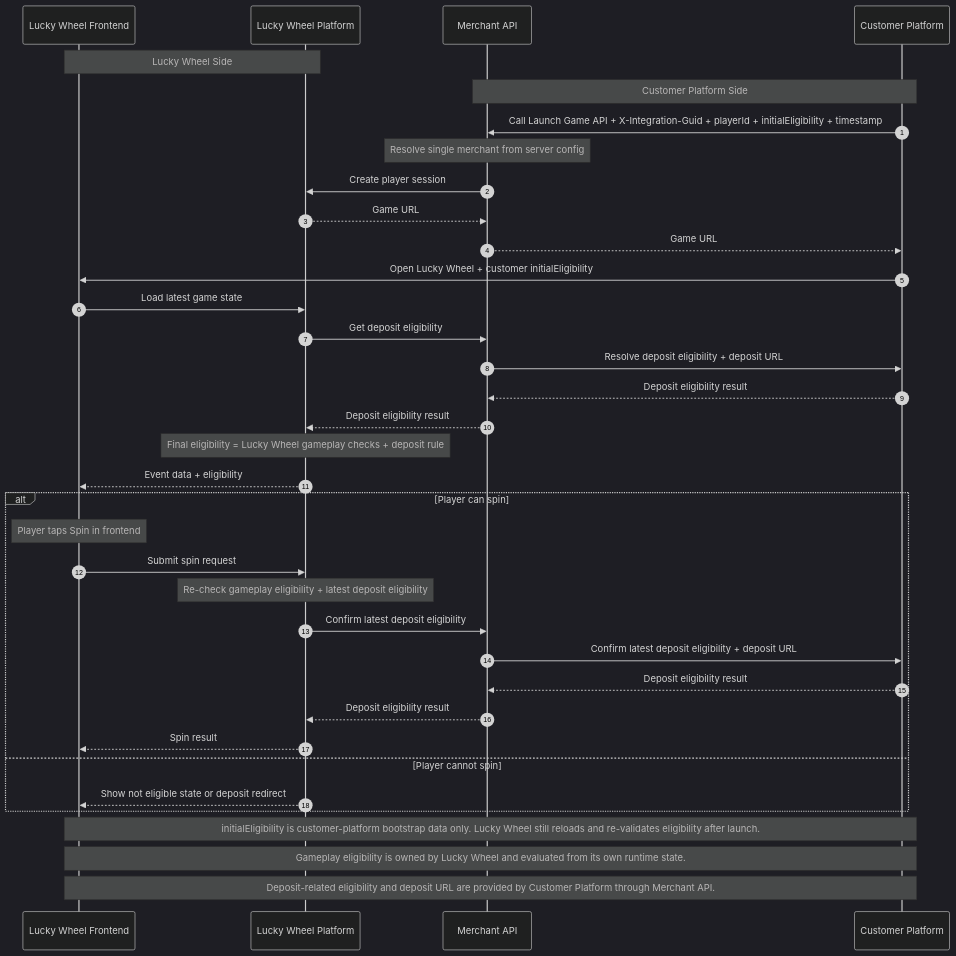
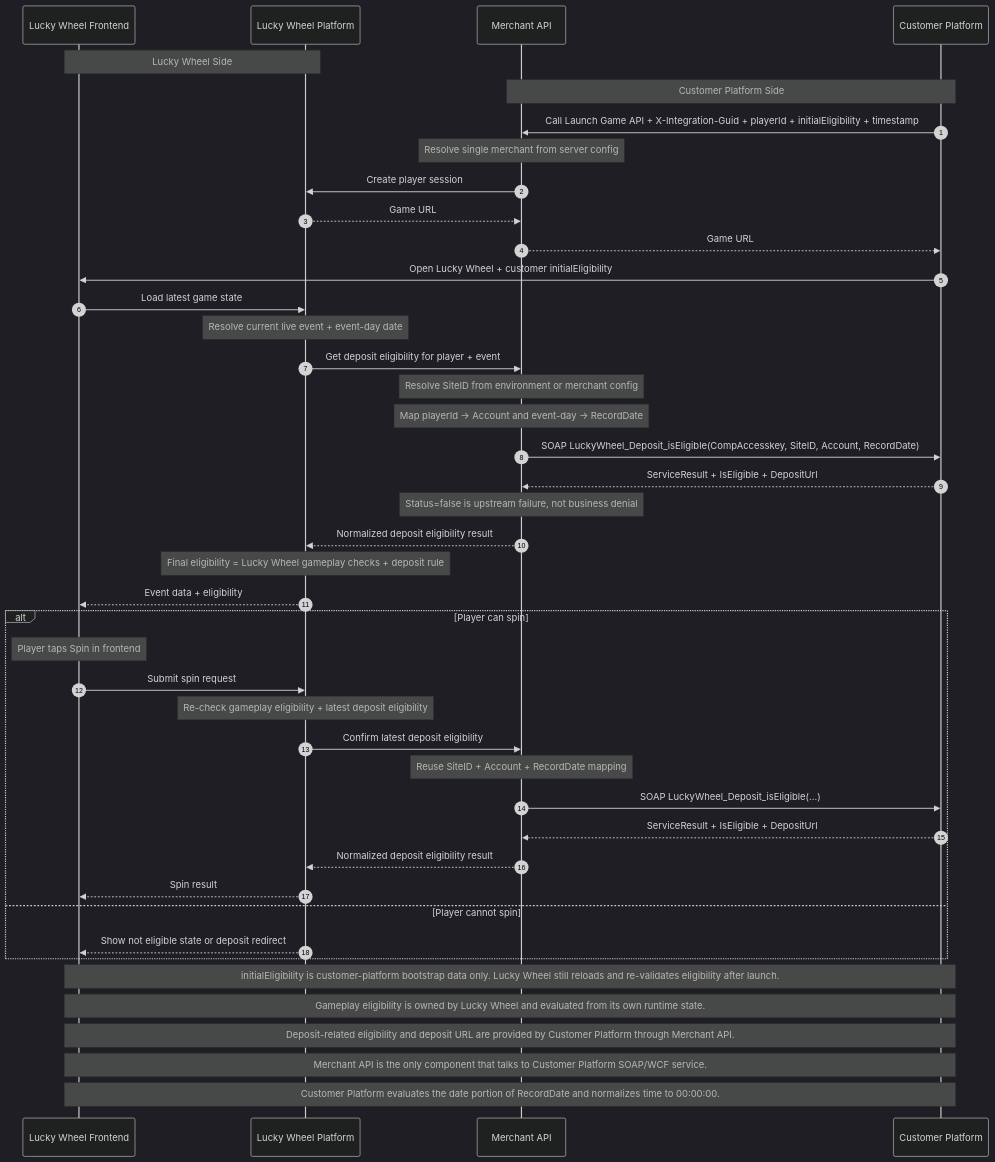
The diagram in LuckyWheel_Dataflow_Diagram_Public.mmd (ElricStormking/LuckyWheelLeaderboard), drawn with Mermaid (dark theme) before and after one commit. The commit also changed 19 other files, not shown here.

Commit message:
Integrate customer platform eligibility and update docs

```diff
--- a/LuckyWheel_Dataflow_Diagram_Public.mmd
+++ b/LuckyWheel_Dataflow_Diagram_Public.mmd
@@ -1,41 +1,48 @@
 sequenceDiagram
     autonumber
     participant LWF as Lucky Wheel Frontend
     participant LWP as Lucky Wheel Platform
     participant MAP as Merchant API
     participant CP as Customer Platform
 
     Note over LWF,LWP: Lucky Wheel Side
     Note over MAP,CP: Customer Platform Side
 
     CP->>MAP: Call Launch Game API + X-Integration-Guid + playerId + initialEligibility + timestamp
     Note over MAP: Resolve single merchant from server config
     MAP->>LWP: Create player session
     LWP-->>MAP: Game URL
     MAP-->>CP: Game URL
     CP->>LWF: Open Lucky Wheel + customer initialEligibility
 
     LWF->>LWP: Load latest game state
-    LWP->>MAP: Get deposit eligibility
-    MAP->>CP: Resolve deposit eligibility + deposit URL
-    CP-->>MAP: Deposit eligibility result
-    MAP-->>LWP: Deposit eligibility result
+    Note over LWP: Resolve current live event + event-day date
+    LWP->>MAP: Get deposit eligibility for player + event
+    Note over MAP: Resolve SiteID from environment or merchant config
+    Note over MAP: Map playerId -> Account and event-day -> RecordDate
+    MAP->>CP: SOAP LuckyWheel_Deposit_isEligible(CompAccesskey, SiteID, Account, RecordDate)
+    CP-->>MAP: ServiceResult + IsEligible + DepositUrl
+    Note over MAP: Status=false is upstream failure, not business denial
+    MAP-->>LWP: Normalized deposit eligibility result
     Note over LWP: Final eligibility = Lucky Wheel gameplay checks + deposit rule
     LWP-->>LWF: Event data + eligibility
 
     alt Player can spin
         Note over LWF: Player taps Spin in frontend
         LWF->>LWP: Submit spin request
         Note over LWP: Re-check gameplay eligibility + latest deposit eligibility
         LWP->>MAP: Confirm latest deposit eligibility
-        MAP->>CP: Confirm latest deposit eligibility + deposit URL
-        CP-->>MAP: Deposit eligibility result
-        MAP-->>LWP: Deposit eligibility result
+        Note over MAP: Reuse SiteID + Account + RecordDate mapping
+        MAP->>CP: SOAP LuckyWheel_Deposit_isEligible(...)
+        CP-->>MAP: ServiceResult + IsEligible + DepositUrl
+        MAP-->>LWP: Normalized deposit eligibility result
         LWP-->>LWF: Spin result
     else Player cannot spin
         LWP-->>LWF: Show not eligible state or deposit redirect
     end
 
     Note over LWF,CP: initialEligibility is customer-platform bootstrap data only. Lucky Wheel still reloads and re-validates eligibility after launch.
     Note over LWF,CP: Gameplay eligibility is owned by Lucky Wheel and evaluated from its own runtime state.
     Note over LWF,CP: Deposit-related eligibility and deposit URL are provided by Customer Platform through Merchant API.
+    Note over LWF,CP: Merchant API is the only component that talks to Customer Platform SOAP/WCF service.
+    Note over LWF,CP: Customer Platform evaluates the date portion of RecordDate and normalizes time to 00:00:00.
```
